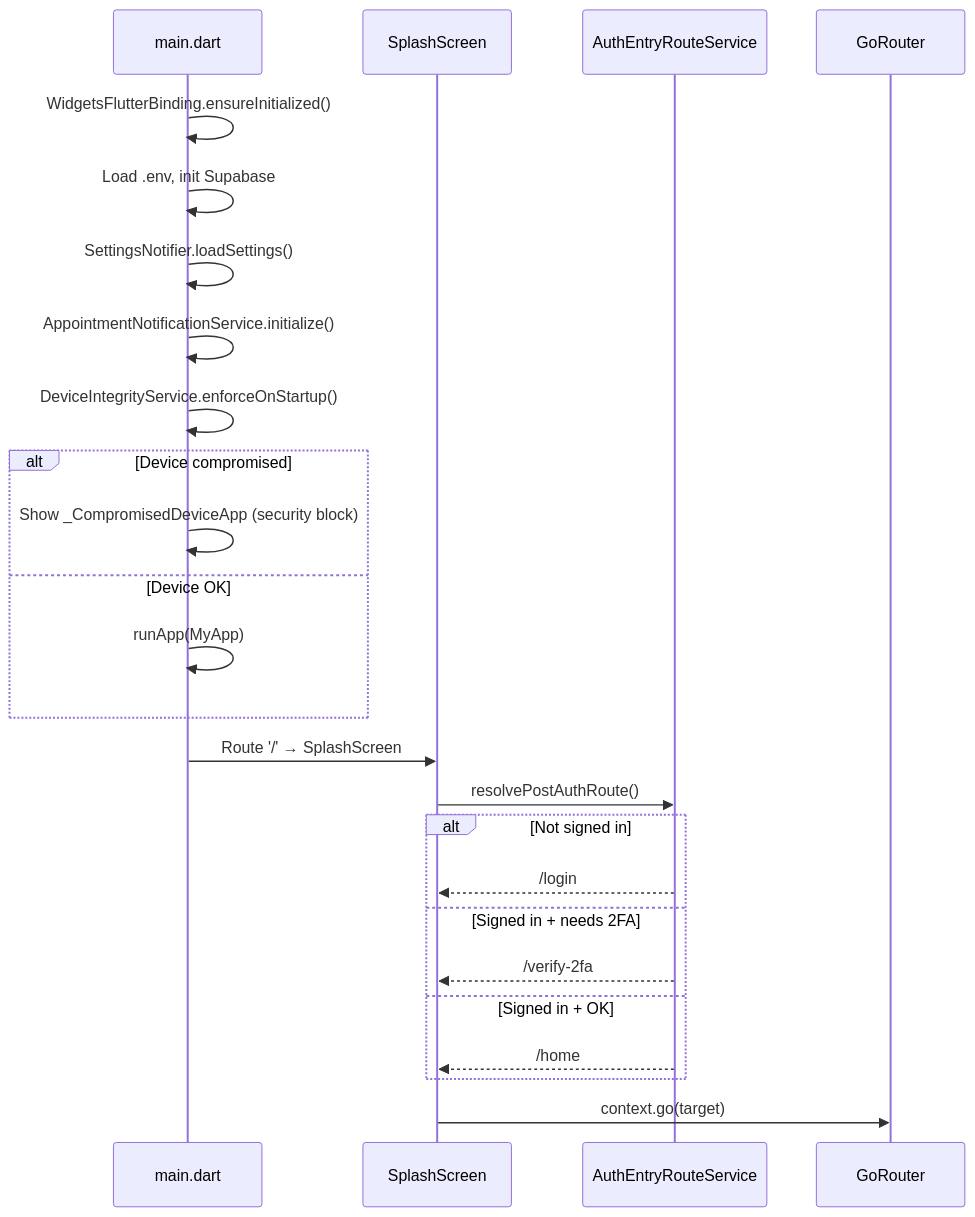
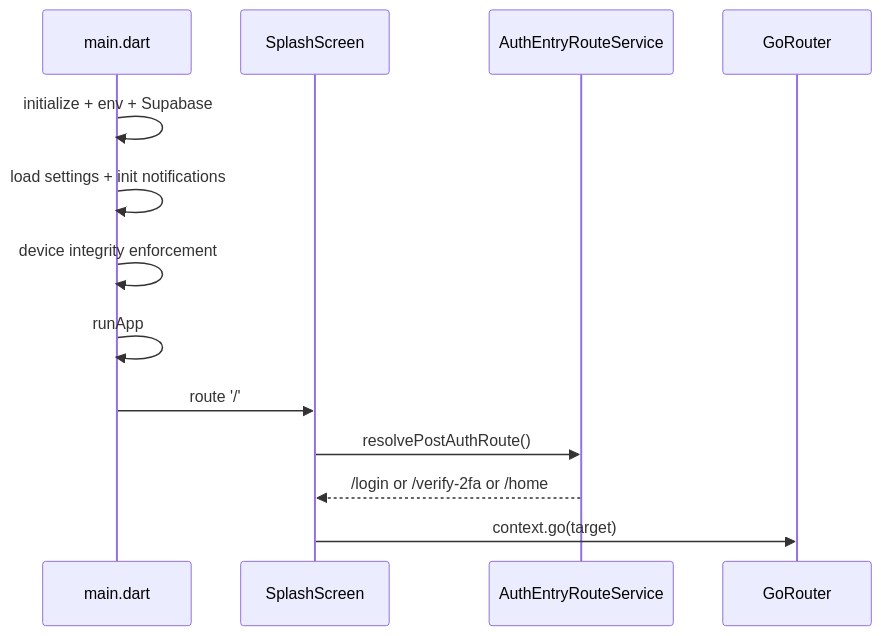
The diagram in docs/02_app_flow_and_navigation.md (muhammadanas656/daktarpi), drawn with Mermaid before and after one commit. The commit also changed other lines of this file and 72 other files, not shown here.

````diff
--- a/docs/02_app_flow_and_navigation.md
+++ b/docs/02_app_flow_and_navigation.md
@@ -5,28 +5,16 @@
 ```mermaid
 sequenceDiagram
     participant M as main.dart
     participant S as SplashScreen
-    participant AE as AuthEntryRouteService
+    participant A as AuthEntryRouteService
     participant R as GoRouter
 
-    M->>M: WidgetsFlutterBinding.ensureInitialized()
-    M->>M: Load .env, init Supabase
-    M->>M: SettingsNotifier.loadSettings()
-    M->>M: AppointmentNotificationService.initialize()
-    M->>M: DeviceIntegrityService.enforceOnStartup()
-    alt Device compromised
-        M->>M: Show _CompromisedDeviceApp (security block)
-    else Device OK
-        M->>M: runApp(MyApp)
-    end
-    M->>S: Route '/' → SplashScreen
-    S->>AE: resolvePostAuthRoute()
-    alt Not signed in
-        AE-->>S: /login
-    else Signed in + needs 2FA
-        AE-->>S: /verify-2fa
-    else Signed in + OK
-        AE-->>S: /home
-    end
+    M->>M: initialize + env + Supabase
+    M->>M: load settings + init notifications
+    M->>M: device integrity enforcement
+    M->>M: runApp
+    M->>S: route '/'
+    S->>A: resolvePostAuthRoute()
+    A-->>S: /login or /verify-2fa or /home
     S->>R: context.go(target)
 ```
````
